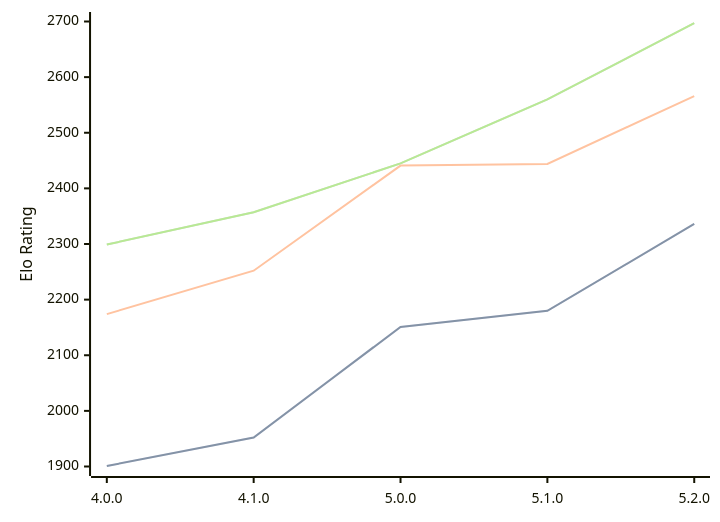
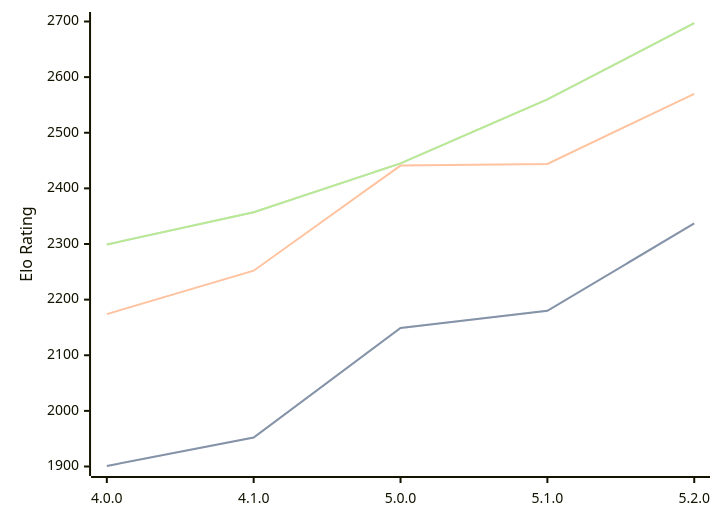
The first of 3 diagrams in engines/Aconcagua.md (computer-chess-index/cci), drawn with Mermaid before and after one commit. The commit also changed other lines of this file, not shown here.

````diff
--- a/engines/Aconcagua.md
+++ b/engines/Aconcagua.md
@@ -44,11 +44,11 @@
 ```mermaid
 %%{init: {"theme":"base","themeVariables":{"seriesColors:['#a3a3a3','#222221','#faa371']}}}%%
 xychart-beta
   x-axis ["4.0.0", "4.1.0", "5.0.0", "5.1.0", "5.2.0"]
   y-axis "Elo Rating" 1900 --> 2700
-  line "STC (8.0+0.08s)" [1901, 1952, 2151, 2180, 2336]
-  line "STC (8.0+0.08s)" [1901, 1952, 2151, 2180, 2336]
-  line "LTC (60.0+0.60s)" [2174, 2252, 2441, 2444, 2566]
+  line "STC (8.0+0.08s)" [1901, 1952, 2149, 2180, 2337]
+  line "STC (8.0+0.08s)" [1901, 1952, 2149, 2180, 2337]
+  line "LTC (60.0+0.60s)" [2174, 2252, 2441, 2444, 2570]
   line "VLTC (2m24s+1.12s)" [2299, 2357, 2445, 2560, 2697]
   line "VLTC (2m24s+1.12s)" [2299, 2357, 2445, 2560, 2697]
 ```
````
